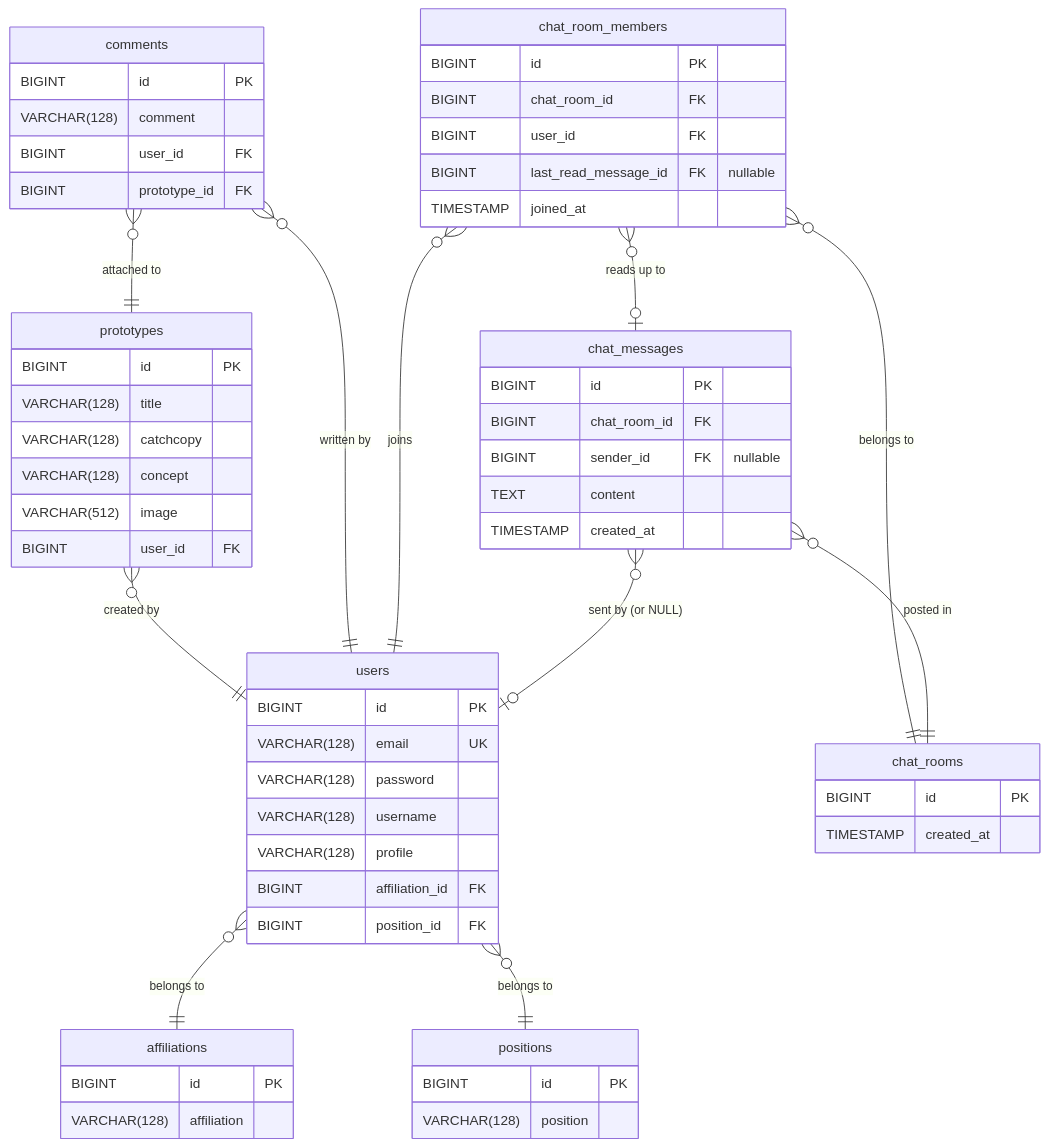
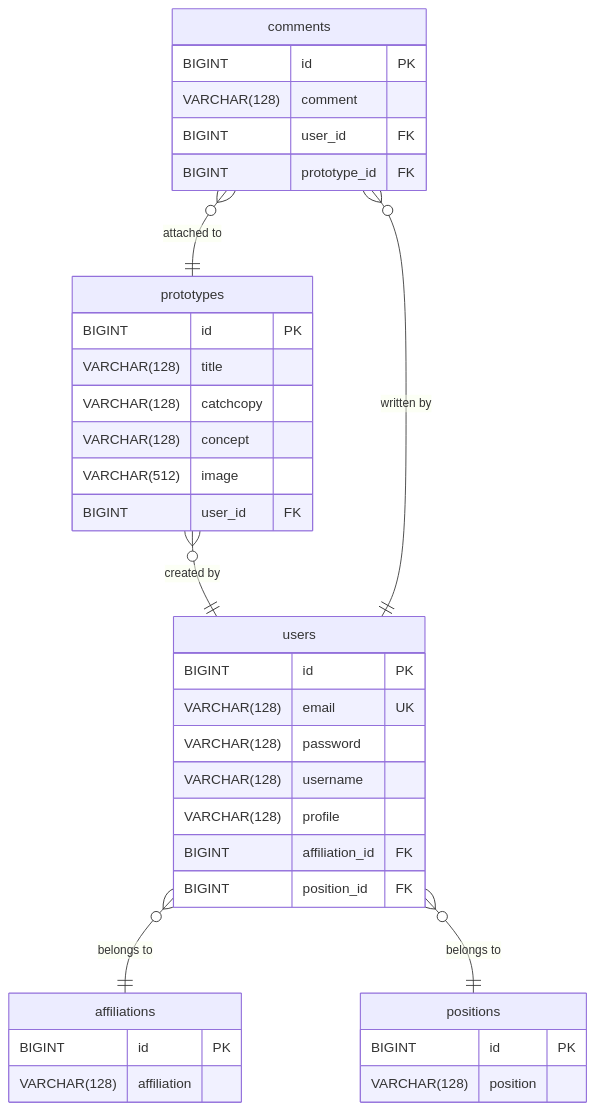
One commit to ythek/protospace-d changed the diagram in README.md. Above: the diagram before and after it, drawn with Mermaid.

Commit message:
Delete chat room and message entities from README
Removed chat room and message related entities from the schema.

````diff
--- a/README.md
+++ b/README.md
@@ -2,70 +2,44 @@
 ```mermaid
 erDiagram
     users }o--|| affiliations : "belongs to"
     users }o--|| positions : "belongs to"
     prototypes }o--|| users : "created by"
     comments }o--|| users : "written by"
     comments }o--|| prototypes : "attached to"
-    chat_room_members }o--|| users : "joins"
-    chat_room_members }o--|| chat_rooms : "belongs to"
-    chat_room_members }o--o| chat_messages : "reads up to"
-    chat_messages }o--o| users : "sent by (or NULL)"
-    chat_messages }o--|| chat_rooms : "posted in"
 
     affiliations {
         BIGINT id PK
         VARCHAR(128) affiliation
     }
 
     positions {
         BIGINT id PK
         VARCHAR(128) position
     }
 
     users {
         BIGINT id PK
         VARCHAR(128) email UK
         VARCHAR(128) password
         VARCHAR(128) username
         VARCHAR(128) profile
         BIGINT affiliation_id FK
         BIGINT position_id FK
     }
 
     prototypes {
         BIGINT id PK
         VARCHAR(128) title
         VARCHAR(128) catchcopy
         VARCHAR(128) concept
         VARCHAR(512) image
         BIGINT user_id FK
     }
 
     comments {
         BIGINT id PK
         VARCHAR(128) comment
         BIGINT user_id FK
         BIGINT prototype_id FK
     }
-
-    chat_rooms {
-        BIGINT id PK
-        TIMESTAMP created_at
-    }
-    
-    chat_messages {
-        BIGINT id PK
-        BIGINT chat_room_id FK
-        BIGINT sender_id FK "nullable"
-        TEXT content
-        TIMESTAMP created_at
-    }
-
-    chat_room_members {
-        BIGINT id PK
-        BIGINT chat_room_id FK
-        BIGINT user_id FK
-        BIGINT last_read_message_id FK "nullable"
-        TIMESTAMP joined_at
-    }
 ```
````
